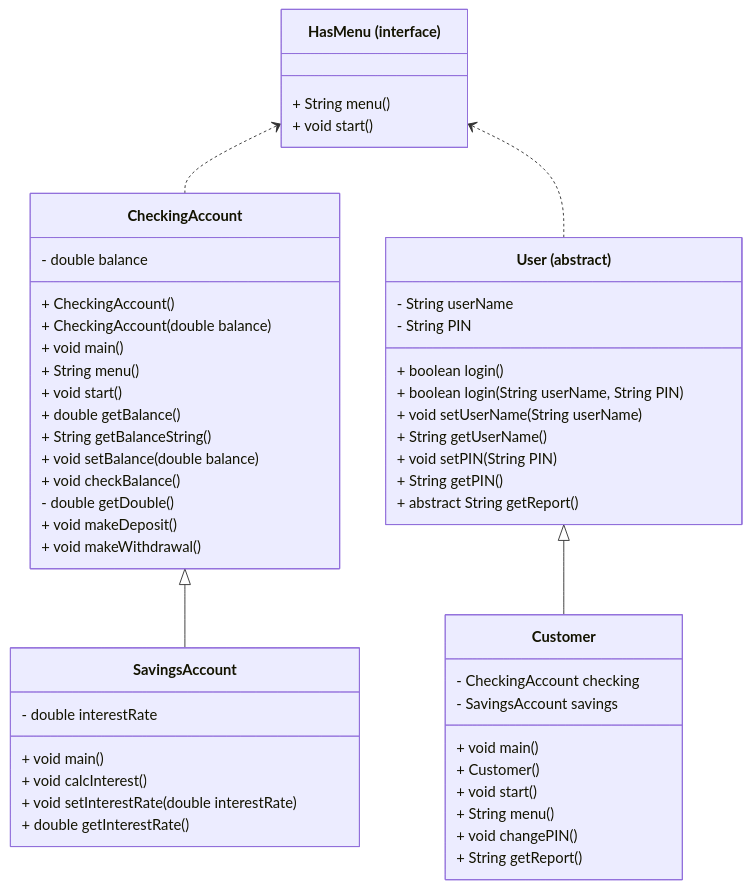
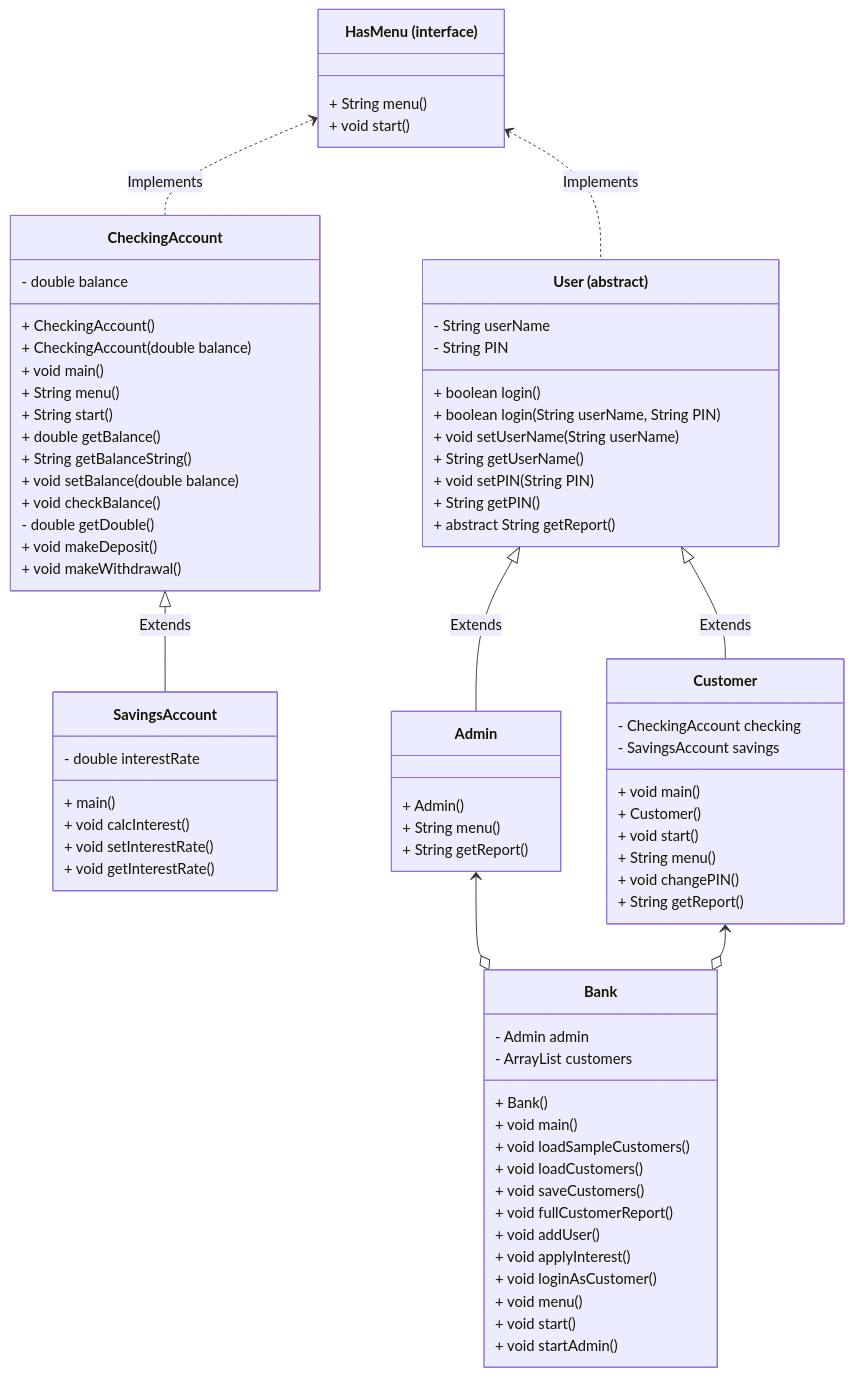
The diagram in README.md (abbykeck/CS121BankOnIt), drawn with Mermaid before and after one commit. The commit also changed other lines of this file, not shown here.

Commit message:
Added Admin and Bank classes to UML

````diff
--- a/README.md
+++ b/README.md
@@ -3,54 +3,78 @@
 ```mermaid
 classDiagram
 class HasMenu["HasMenu (interface)"] {
     + String menu()
     + void start()
 }
 class CheckingAccount {
     - double balance
     + CheckingAccount()
     + CheckingAccount(double balance)
     + void main()
     + String menu()
-    + void start()
+    + String start()
     + double getBalance()
     + String getBalanceString()
     + void setBalance(double balance)
     + void checkBalance()
     - double getDouble()
     + void makeDeposit()
     + void makeWithdrawal()
 }
 class SavingsAccount {
     - double interestRate
-    + void main()
+    + main()
     + void calcInterest()
-    + void setInterestRate(double interestRate)
-    + double getInterestRate()
+    + void setInterestRate()
+    + void getInterestRate()
 }
 class User["User (abstract)"] {
     - String userName
     - String PIN
     + boolean login()
     + boolean login(String userName, String PIN)
     + void setUserName(String userName)
     + String getUserName()
     + void setPIN(String PIN)
     + String getPIN()
     + abstract String getReport()
 }
 class Customer {
     - CheckingAccount checking
     - SavingsAccount savings
     + void main()
     + Customer()
     + void start()
     + String menu()
     + void changePIN()
     + String getReport()
 }
-CheckingAccount <|-- SavingsAccount
-HasMenu <.. CheckingAccount
-HasMenu <.. User
-User <|-- Customer
+class Admin {
+    + Admin()
+    + String menu()
+    + String getReport()
+}
+class Bank {
+    - Admin admin
+    - ArrayList customers
+    + Bank()
+    + void main()
+    + void loadSampleCustomers()
+    + void loadCustomers()
+    + void saveCustomers()
+    + void fullCustomerReport()
+    + void addUser()
+    + void applyInterest()
+    + void loginAsCustomer()
+    + void menu()
+    + void start()
+    + void startAdmin()
+}
+CheckingAccount <|-- SavingsAccount : Extends
+HasMenu <.. CheckingAccount : Implements
+HasMenu <.. User : Implements
+User <|-- Customer : Extends
+User <|-- Admin : Extends
+Admin <--o Bank
+Customer <--o Bank
 ```
````
